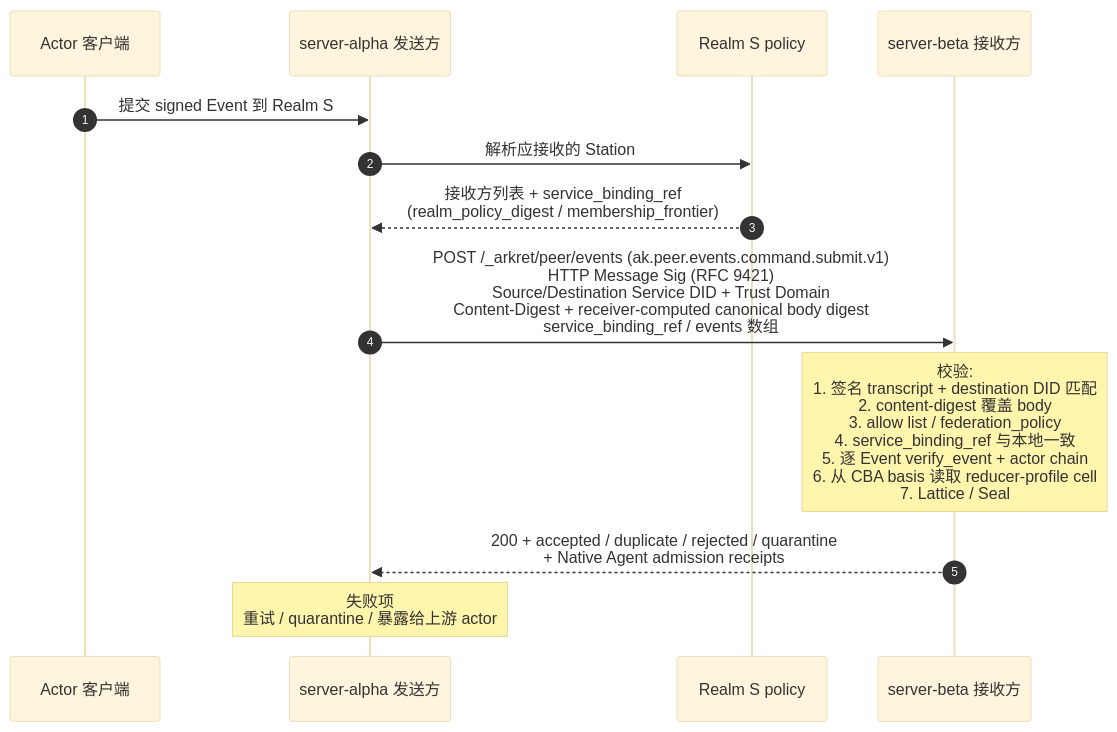
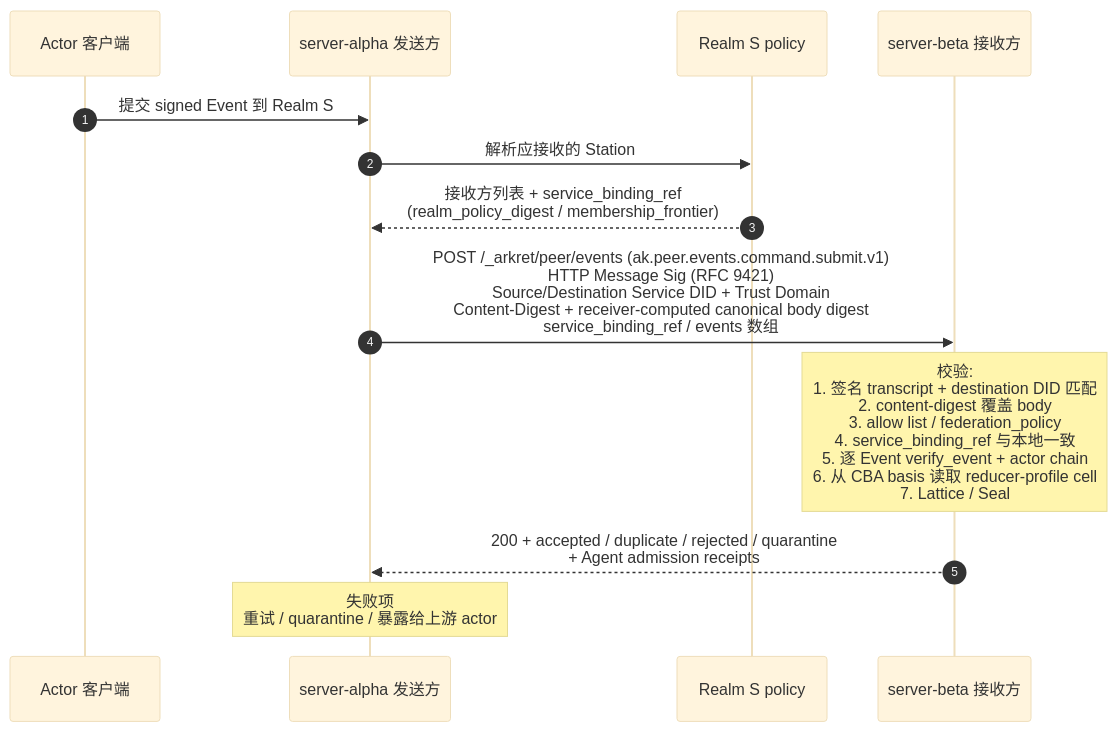
One commit to arkret-org/arkret-spec changed the diagram in spec/v1/zh/sync/federation.md. Above: the diagram before and after it, drawn with Mermaid (base theme). The commit also changed other lines of this file and 106 other files, not shown here.

````diff
--- a/spec/v1/zh/sync/federation.md
+++ b/spec/v1/zh/sync/federation.md
@@ -324,16 +324,16 @@
 ```mermaid
 sequenceDiagram
     autonumber
     participant Cli as Actor 客户端
     participant Alpha as server-alpha 发送方
     participant Pol as Realm S policy
     participant Beta as server-beta 接收方
 
     Cli->>Alpha: 提交 signed Event 到 Realm S
     Alpha->>Pol: 解析应接收的 Station
     Pol-->>Alpha: 接收方列表 + service_binding_ref<br>(realm_policy_digest / membership_frontier)
     Alpha->>Beta: POST /_arkret/peer/events (ak.peer.events.command.submit.v1)<br>HTTP Message Sig (RFC 9421)<br>Source/Destination Service DID + Trust Domain<br>Content-Digest + receiver-computed canonical body digest<br>service_binding_ref / events 数组
     note over Beta: 校验:<br>1. 签名 transcript + destination DID 匹配<br>2. content-digest 覆盖 body<br>3. allow list / federation_policy<br>4. service_binding_ref 与本地一致<br>5. 逐 Event verify_event + actor chain<br>6. 从 CBA basis 读取 reducer-profile cell<br>7. Lattice / Seal
-    Beta-->>Alpha: 200 + accepted / duplicate / rejected / quarantine<br>+ Native Agent admission receipts
+    Beta-->>Alpha: 200 + accepted / duplicate / rejected / quarantine<br>+ Agent admission receipts
     note over Alpha: 失败项<br>重试 / quarantine / 暴露给上游 actor
 ```
````
